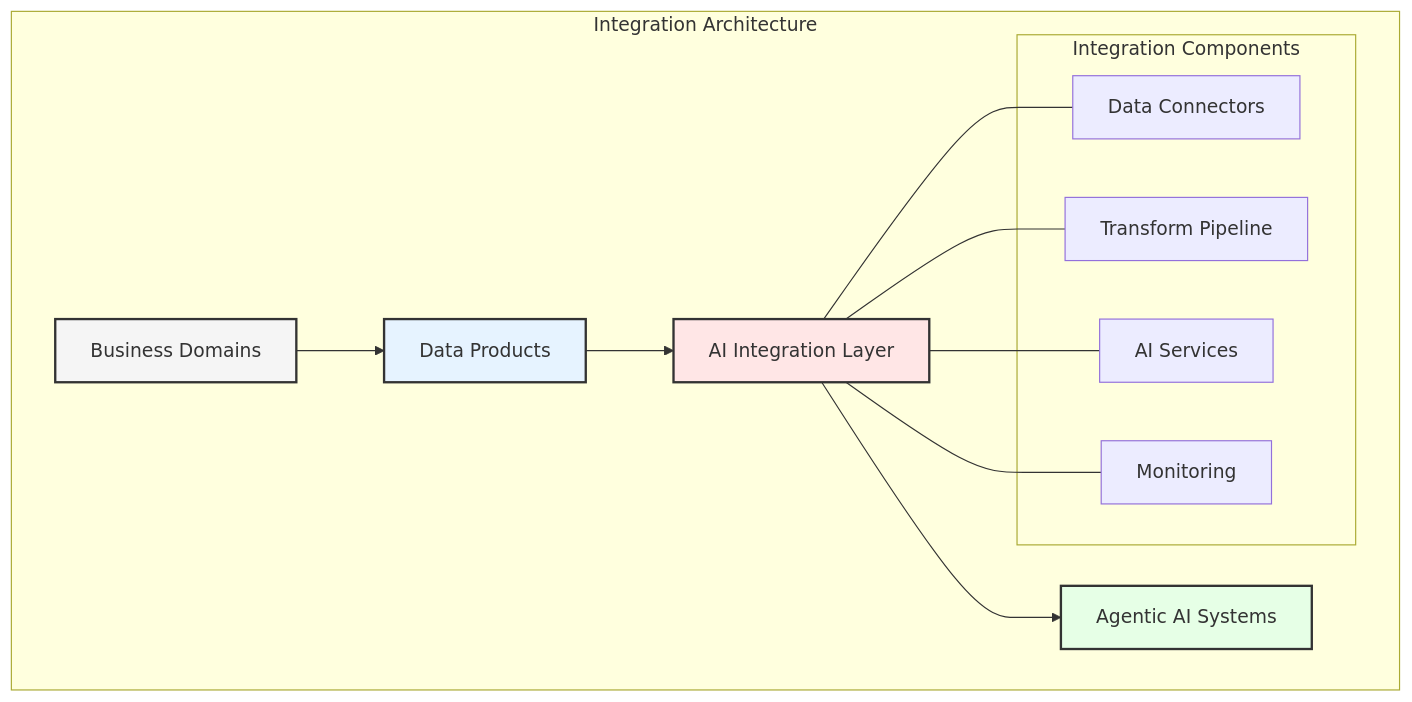
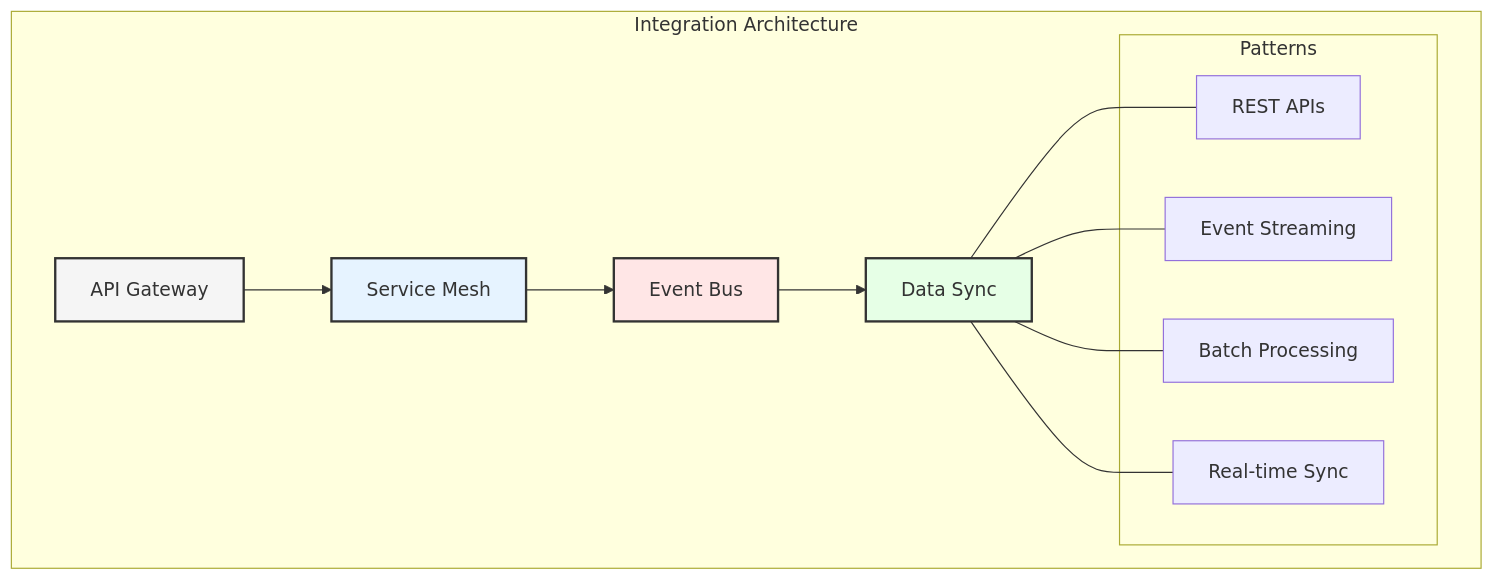
Before and after one commit to data-octo/agentic_ai_research: the first of 9 diagrams in enterprise_data_architecture/chapters/06_integration.md, drawn with Mermaid. The commit also changed other lines of this file and 11 other files, not shown here.

````diff
--- a/enterprise_data_architecture/chapters/06_integration.md
+++ b/enterprise_data_architecture/chapters/06_integration.md
@@ -7,25 +7,25 @@
 ```mermaid
 graph TB
     subgraph "Integration Architecture"
-        A[Business Domains] --> B[Data Products]
-        B --> C[AI Integration Layer]
-        C --> D[Agentic AI Systems]
+        A[API Gateway] --> B[Service Mesh]
+        B --> C[Event Bus]
+        C --> D[Data Sync]
         
-        subgraph "Integration Components"
-            E[Data Connectors]
-            F[Transform Pipeline]
-            G[AI Services]
-            H[Monitoring]
+        subgraph "Patterns"
+            E[REST APIs]
+            F[Event Streaming]
+            G[Batch Processing]
+            H[Real-time Sync]
         end
         
-        C --- E
-        C --- F
-        C --- G
-        C --- H
+        D --- E
+        D --- F
+        D --- G
+        D --- H
     end
     
     style A fill:#f5f5f5,stroke:#333,stroke-width:2px
     style B fill:#e6f3ff,stroke:#333,stroke-width:2px
     style C fill:#ffe6e6,stroke:#333,stroke-width:2px
     style D fill:#e6ffe6,stroke:#333,stroke-width:2px
 ```
````
